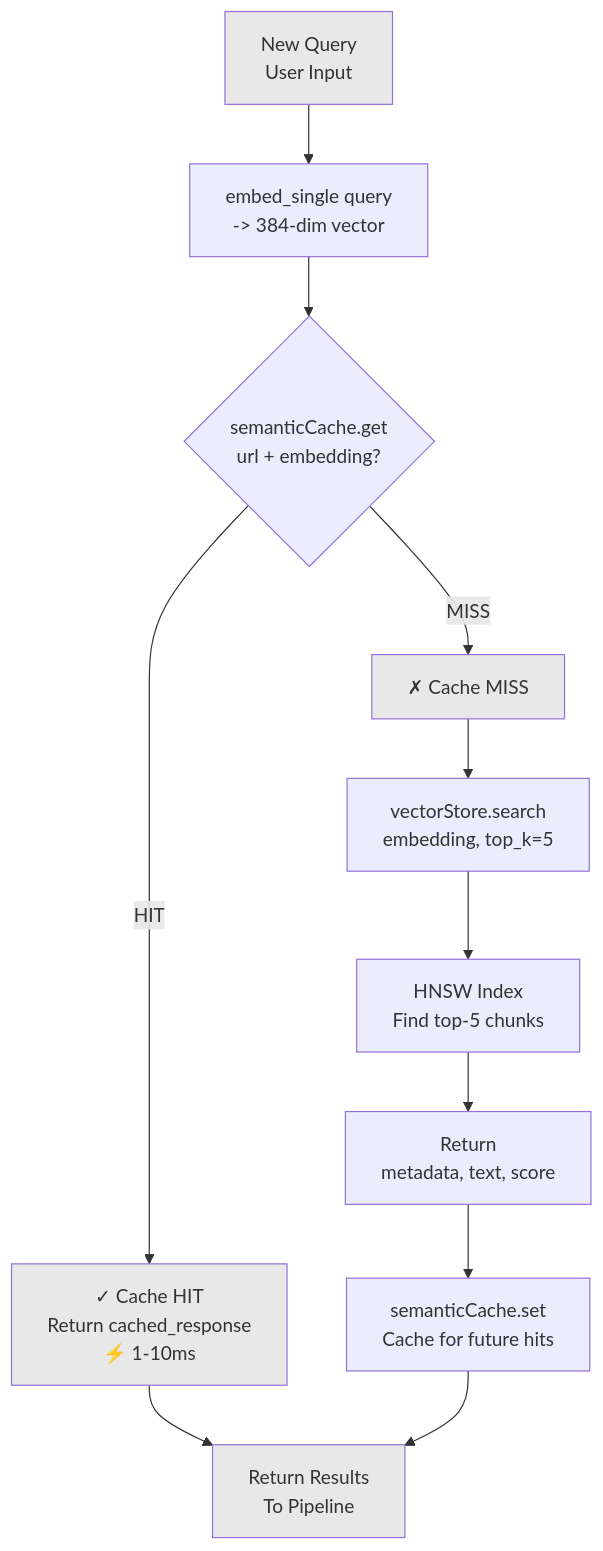
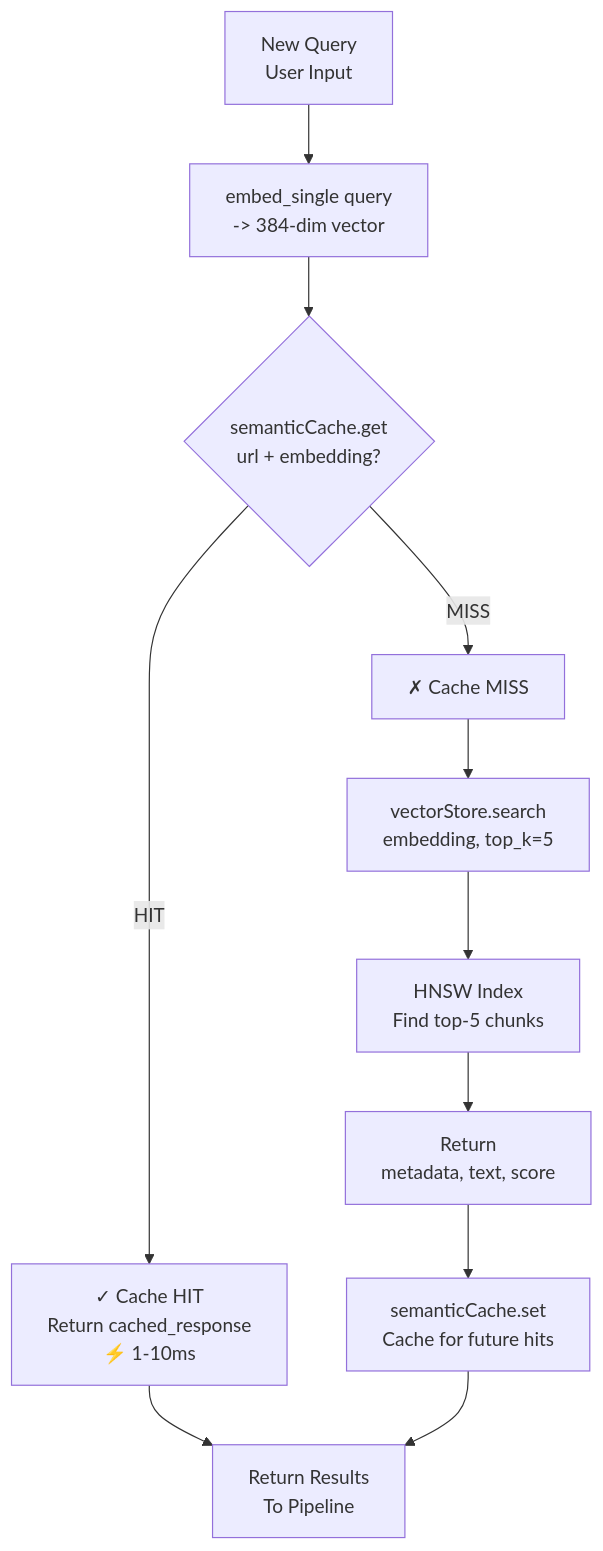
The ninth of 18 diagrams in DOCS/FULL_ARCHITECTURE.md (pollinations/lixSearch), drawn with Mermaid before and after one commit. The commit also changed other lines of this file, not shown here.

````diff
--- a/DOCS/FULL_ARCHITECTURE.md
+++ b/DOCS/FULL_ARCHITECTURE.md
@@ -606,31 +722,31 @@
 ```mermaid
 graph TD
     Query["New Query<br/>User Input"]
     EmbedQuery["embed_single query<br/>-> 384-dim vector"]
     CheckCache{"semanticCache.get<br/>url + embedding?"}
     
     CacheHit["✓ Cache HIT<br/>Return cached_response<br/>⚡ 1-10ms"]
     
     CacheMiss["✗ Cache MISS"]
     VecSearch["vectorStore.search<br/>embedding, top_k=5"]
     HNSWIndex["HNSW Index<br/>Find top-5 chunks"]
     ReturnResults["Return<br/>metadata, text, score"]
     SetCache["semanticCache.set<br/>Cache for future hits"]
     FinalReturn["Return Results<br/>To Pipeline"]
     
     Query --> EmbedQuery
     EmbedQuery --> CheckCache
     CheckCache -->|HIT| CacheHit
     CheckCache -->|MISS| CacheMiss
     CacheHit --> FinalReturn
     CacheMiss --> VecSearch
     VecSearch --> HNSWIndex
     HNSWIndex --> ReturnResults
     ReturnResults --> SetCache
     SetCache --> FinalReturn
     
-    style CacheHit fill:#E8E8E8
-    style CacheMiss fill:#E8E8E8
-    style Query fill:#E8E8E8
-    style FinalReturn fill:#E8E8E8
+    style CacheHit fill:#000;color:#fff
+    style CacheMiss fill:#000;color:#fff
+    style Query fill:#000;color:#fff
+    style FinalReturn fill:#000;color:#fff
 ```
````
